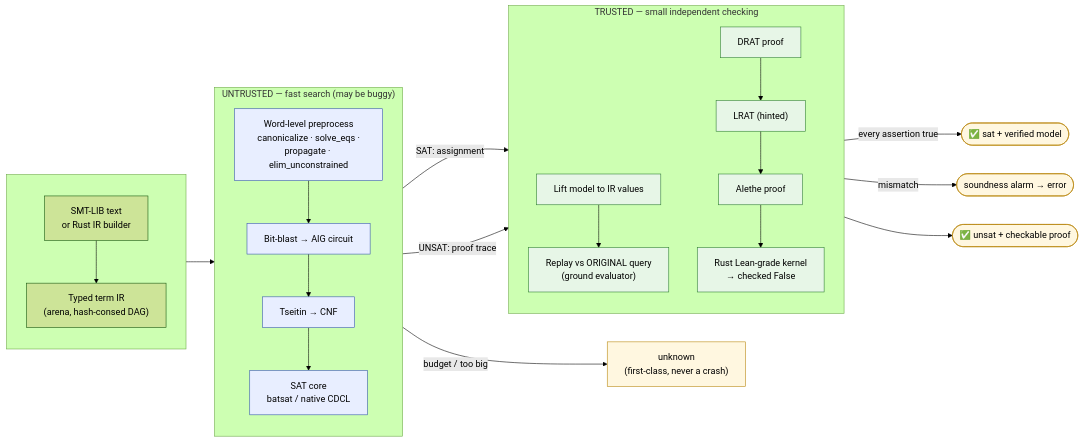
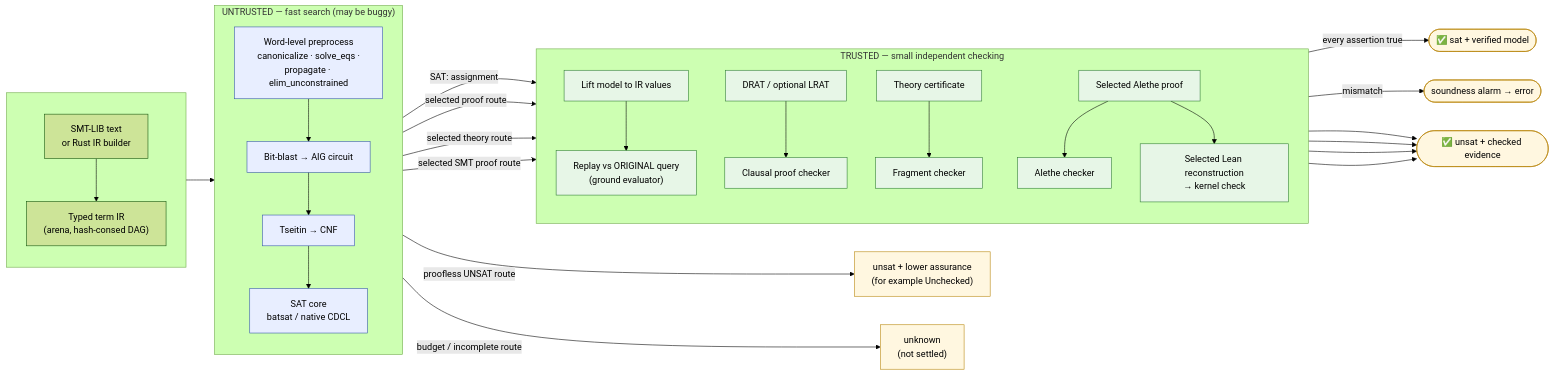
Before and after one commit to mjbommar/axeyum: the first of 2 diagrams in docs/learn/07-how-axeyum-solves-a-query.md, drawn with Mermaid (forest theme). The commit also changed other lines of this file and 4 other files, not shown here.

````diff
--- a/docs/learn/07-how-axeyum-solves-a-query.md
+++ b/docs/learn/07-how-axeyum-solves-a-query.md
@@ -17,38 +17,45 @@
 ```mermaid
 flowchart LR
     subgraph parse[" "]
         direction TB
         smt["SMT-LIB text<br/>or Rust IR builder"] --> ir["Typed term IR<br/>(arena, hash-consed DAG)"]
     end
 
     subgraph search["UNTRUSTED — fast search (may be buggy)"]
         direction TB
         ir --> pre["Word-level preprocess<br/>canonicalize · solve_eqs ·<br/>propagate · elim_unconstrained"]
         pre --> blast["Bit-blast → AIG circuit"]
         blast --> cnf["Tseitin → CNF"]
         cnf --> sat["SAT core<br/>batsat / native CDCL"]
     end
 
     subgraph check["TRUSTED — small independent checking"]
         direction TB
         model["Lift model to IR values"] --> replay["Replay vs ORIGINAL query<br/>(ground evaluator)"]
-        drat["DRAT proof"] --> lrat["LRAT (hinted)"]
-        lrat --> alethe["Alethe proof"]
-        alethe --> lean["Rust Lean-grade kernel<br/>→ checked False"]
+        prop["DRAT / optional LRAT"] --> pcheck["Clausal proof checker"]
+        theory["Theory certificate"] --> tcheck["Fragment checker"]
+        alethe["Selected Alethe proof"] --> acheck["Alethe checker"]
+        alethe --> lean["Selected Lean reconstruction<br/>→ kernel check"]
     end
 
     sat -->|"SAT: assignment"| model
-    sat -->|"UNSAT: proof trace"| drat
-    sat -->|"budget / too big"| unknown["unknown<br/>(first-class, never a crash)"]
+    sat -->|"selected proof route"| prop
+    sat -->|"selected theory route"| theory
+    sat -->|"selected SMT proof route"| alethe
+    sat -->|"proofless UNSAT route"| lower["unsat + lower assurance<br/>(for example Unchecked)"]
+    sat -->|"budget / incomplete route"| unknown["unknown<br/>(not settled)"]
 
     replay -->|"every assertion true"| satOut(["✅ sat + verified model"])
     replay -->|"mismatch"| alarm(["soundness alarm → error"])
-    lean --> unsatOut(["✅ unsat + checkable proof"])
+    pcheck --> unsatOut(["✅ unsat + checked evidence"])
+    tcheck --> unsatOut
+    acheck --> unsatOut
+    lean --> unsatOut
 
     classDef u fill:#e8eeff,stroke:#3355aa;
     classDef t fill:#e7f6e7,stroke:#2e7d32;
     classDef out fill:#fff7e0,stroke:#b8860b;
     class pre,blast,cnf,sat u;
-    class model,replay,drat,lrat,alethe,lean t;
-    class satOut,unsatOut,unknown,alarm out;
+    class model,replay,prop,pcheck,theory,tcheck,alethe,acheck,lean t;
+    class satOut,unsatOut,lower,unknown,alarm out;
 ```
````
